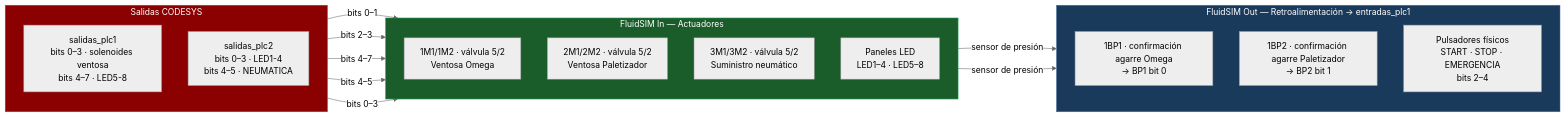
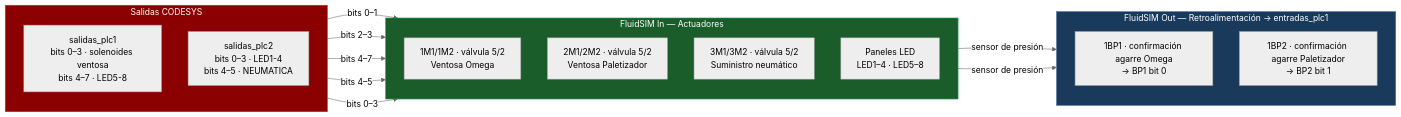
One commit to jorgefajardom-coder/drone-packaging-simulation-unity changed diagram 11 of 16 in README.md. Above: the diagram before and after it, drawn with Mermaid (neutral theme). The commit also changed other lines of this file, not shown here.

````diff
--- a/README.md
+++ b/README.md
@@ -1883,35 +1870,34 @@
 ```mermaid
 graph LR
     subgraph CMD["Salidas CODESYS"]
         direction TB
         PLC1["salidas_plc1\nbits 0–3 · solenoides ventosa\nbits 4–7 · LED5-8"]
         PLC2["salidas_plc2\nbits 0–3 · LED1-4\nbits 4–5 · NEUMATICA"]
     end
 
     subgraph ACT["FluidSIM In — Actuadores"]
         direction TB
         V1["1M1/1M2 · válvula 5/2\nVentosa Omega"]
         V2["2M1/2M2 · válvula 5/2\nVentosa Paletizador"]
         V3["3M1/3M2 · válvula 5/2\nSuministro neumático"]
         LC["Paneles LED\nLED1–4 · LED5–8"]
     end
 
     subgraph SENS["FluidSIM Out — Retroalimentación → entradas_plc1"]
         direction TB
         S1["1BP1 · confirmación agarre Omega\n→ BP1 bit 0"]
         S2["1BP2 · confirmación agarre Paletizador\n→ BP2 bit 1"]
-        S3["Pulsadores físicos\nSTART · STOP · EMERGENCIA\nbits 2–4"]
     end
 
     PLC1 -->|"bits 0–1"| V1
     PLC1 -->|"bits 2–3"| V2
     PLC1 -->|"bits 4–7"| LC
     PLC2 -->|"bits 4–5"| V3
     PLC2 -->|"bits 0–3"| LC
     V1 -->|"sensor de presión"| S1
     V2 -->|"sensor de presión"| S2
 
     style CMD  fill:#8b0000,color:#fff,stroke:#c0392b
     style ACT  fill:#1a5c2a,color:#fff,stroke:#27ae60
     style SENS fill:#1a3a5c,color:#fff,stroke:#4a6fa5
 ```
````
